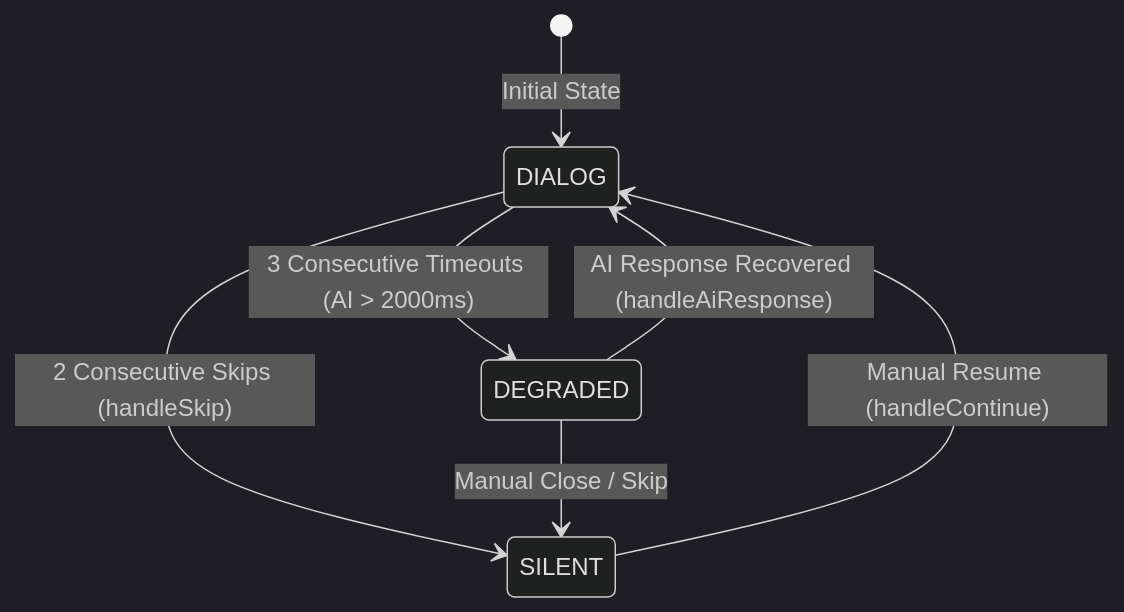
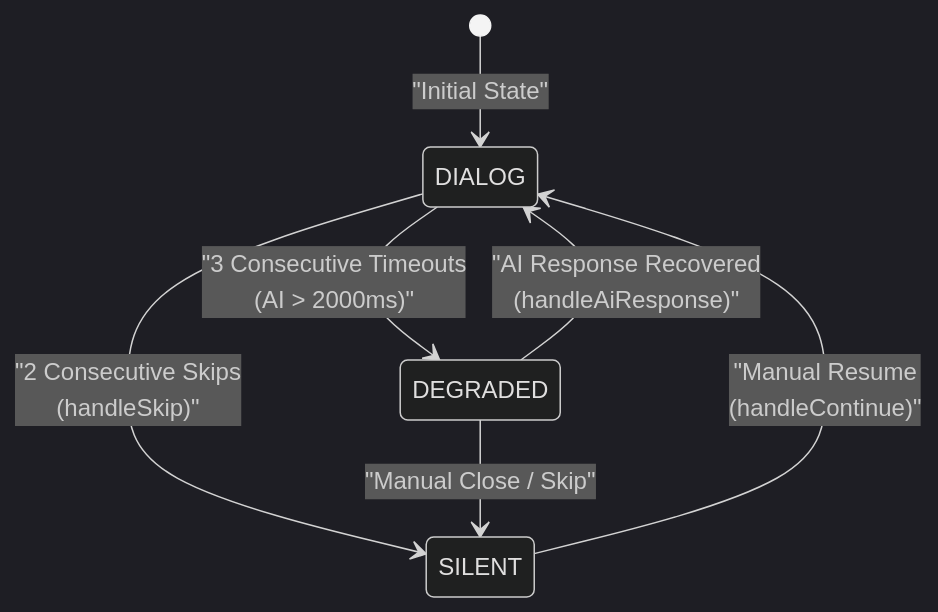
The second of 3 diagrams in README_EN.md (MeiSiristhebest/TimeLog), drawn with Mermaid (dark theme) before and after one commit. The commit also changed other lines of this file, not shown here.

Commit message:
docs(readme): optimize zh + en versions; fix Mermaid, badges, TOC, add Security & Contributing chapters (readme-writer SOP)

````diff
--- a/README_EN.md
+++ b/README_EN.md
@@ -78,9 +102,9 @@
 ```mermaid
 stateDiagram-v2
-    [*] --> DIALOG : Initial State
-    DIALOG --> SILENT : 2 Consecutive Skips (handleSkip)
-    DIALOG --> DEGRADED : 3 Consecutive Timeouts (AI > 2000ms)
-    DEGRADED --> DIALOG : AI Response Recovered (handleAiResponse)
-    DEGRADED --> SILENT : Manual Close / Skip
-    SILENT --> DIALOG : Manual Resume (handleContinue)
+    [*] --> DIALOG : "Initial State"
+    DIALOG --> SILENT : "2 Consecutive Skips<br/>(handleSkip)"
+    DIALOG --> DEGRADED : "3 Consecutive Timeouts<br/>(AI > 2000ms)"
+    DEGRADED --> DIALOG : "AI Response Recovered<br/>(handleAiResponse)"
+    DEGRADED --> SILENT : "Manual Close / Skip"
+    SILENT --> DIALOG : "Manual Resume<br/>(handleContinue)"
 ```
````
